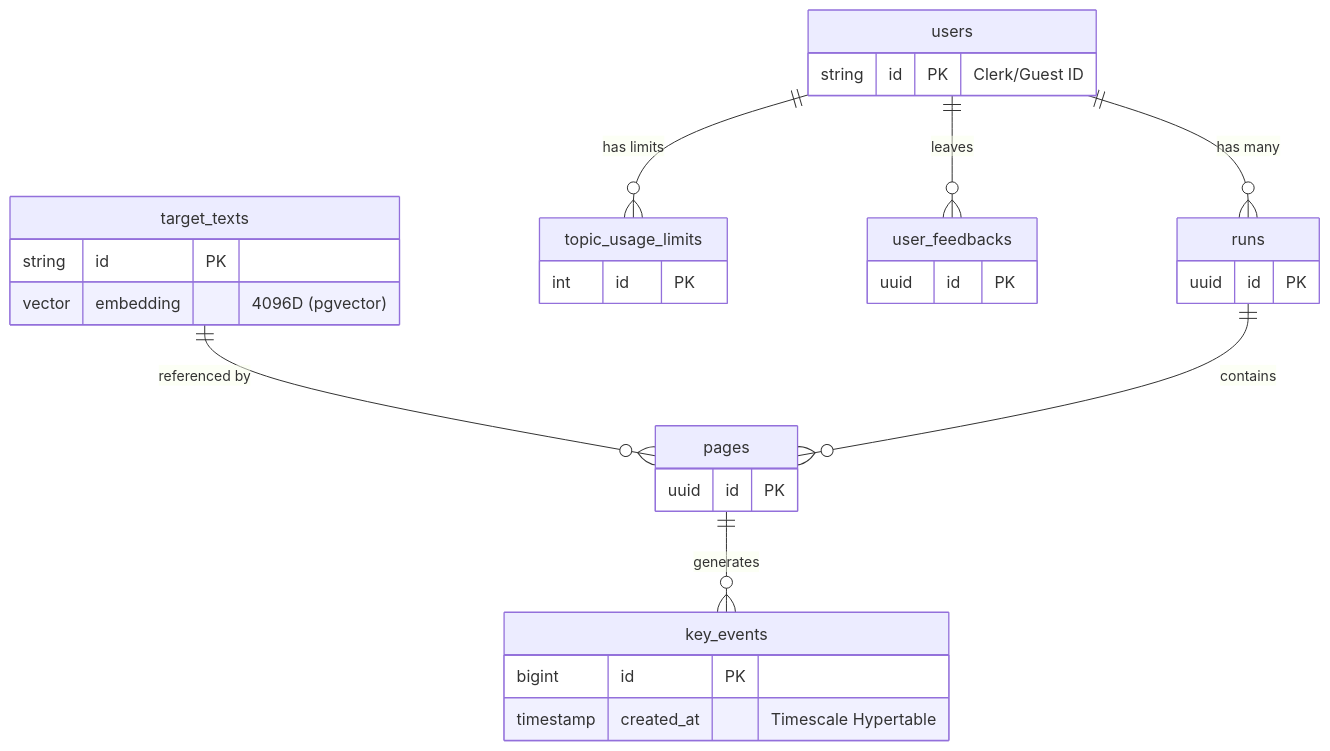
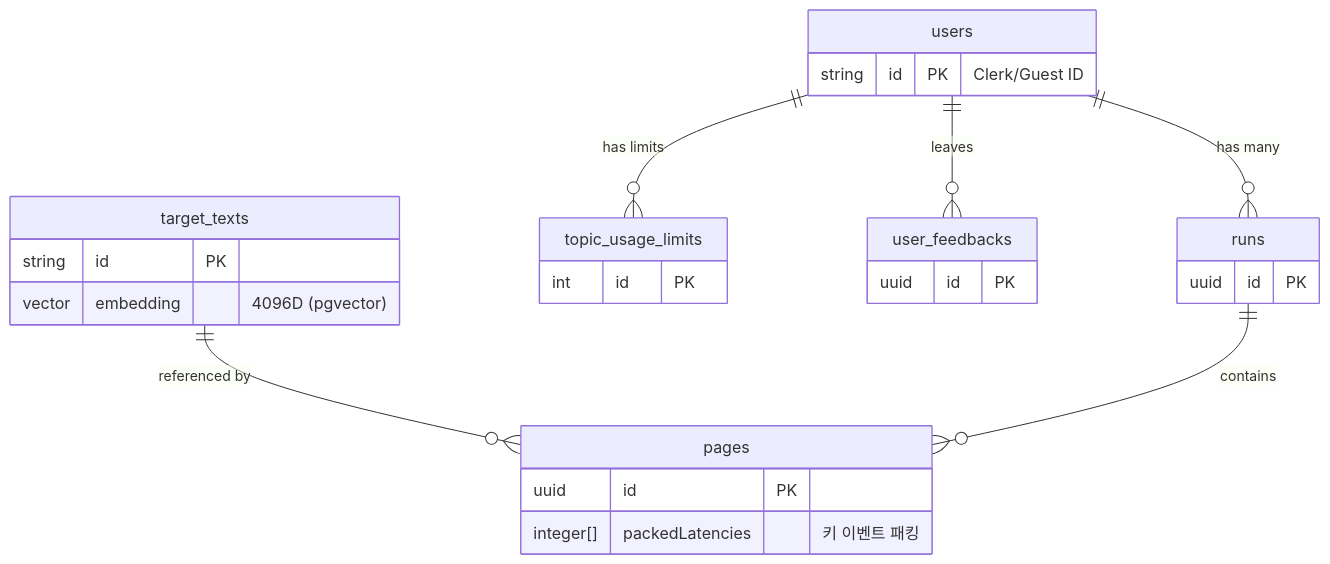
Before and after one commit to JSkutor/typediag: the diagram in docs/DB_SCHEMA.md, drawn with Mermaid. The commit also changed other lines of this file and 11 other files, not shown here.

First line of the commit message:
refactor(db): migrate key_events to packed arrays in pages table

````diff
--- a/docs/DB_SCHEMA.md
+++ b/docs/DB_SCHEMA.md
@@ -12,33 +12,29 @@
 ```mermaid
 erDiagram
     users ||--o{ runs : "has many"
     users ||--o{ topic_usage_limits : "has limits"
     users ||--o{ user_feedbacks : "leaves"
     target_texts ||--o{ pages : "referenced by"
     runs ||--o{ pages : "contains"
-    pages ||--o{ key_events : "generates"
     
     users {
         string id PK "Clerk/Guest ID"
     }
     target_texts {
         string id PK
         vector embedding "4096D (pgvector)"
     }
     runs {
         uuid id PK
     }
     pages {
         uuid id PK
-    }
-    key_events {
-        bigint id PK
-        timestamp created_at "Timescale Hypertable"
+        integer[] packedLatencies "키 이벤트 패킹"
     }
     topic_usage_limits {
         int id PK
     }
     user_feedbacks {
         uuid id PK
     }
 ```
````
